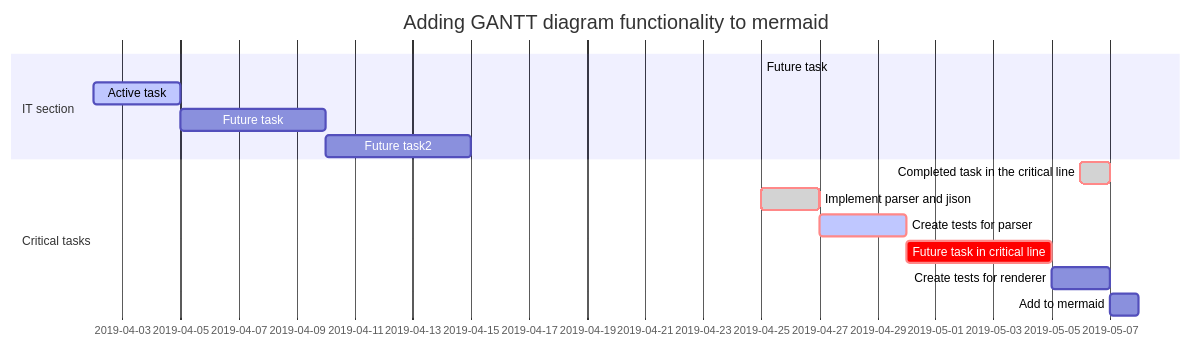
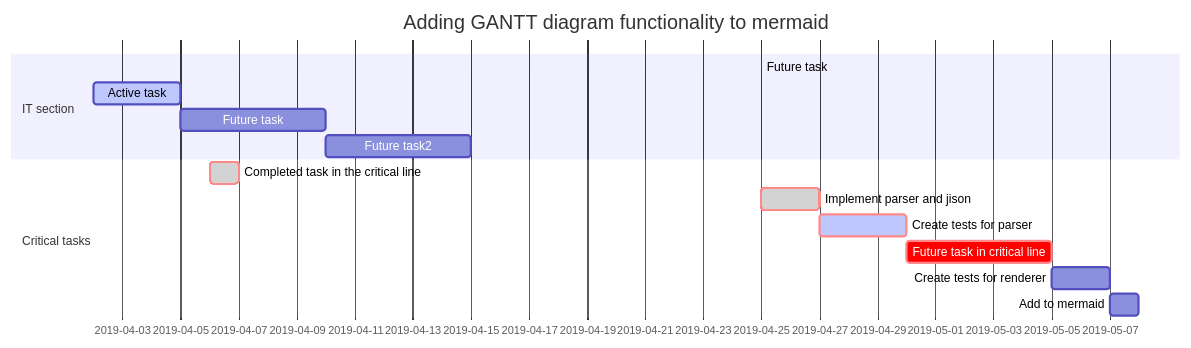
One commit to darked89/utils_2019 changed the diagram in README.md. Above: the diagram before and after it, drawn with Mermaid.

````diff
--- a/README.md
+++ b/README.md
@@ -3,18 +3,18 @@
 ```mermaid
 gantt
         dateFormat  YYYY-MM-DD
         title Adding GANTT diagram functionality to mermaid
         section IT section
-        Future task               :    des1, 2019-04-25,2019-04-25
+        Future task               :    StrandNGS_training, 2019-04-25,2019-04-25
         Active task               :active,  des2, 2019-04-02, 3d
         Future task               :         des3, after des2, 5d
         Future task2               :         des4, after des3, 5d
         section Critical tasks
-        Completed task in the critical line :crit, done, 2019-05-06,24h
+        Completed task in the critical line :crit, done, 2019-04-06,24h
         Implement parser and jison          :crit, done, after des1, 2d
         Create tests for parser             :crit, active, 3d
         Future task in critical line        :crit, 5d
         Create tests for renderer           :2d
         Add to mermaid                      :1d
 
 ```
````
